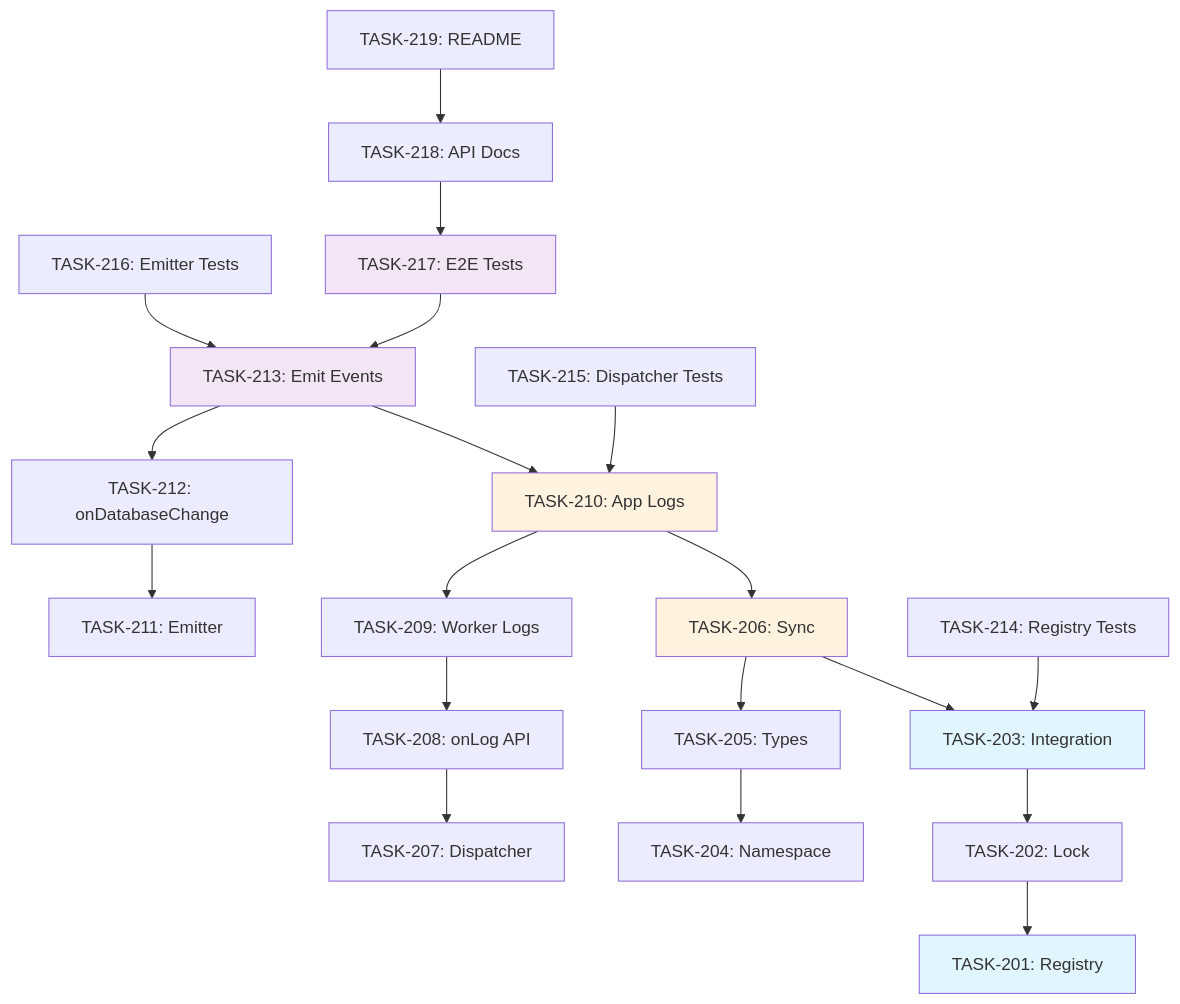
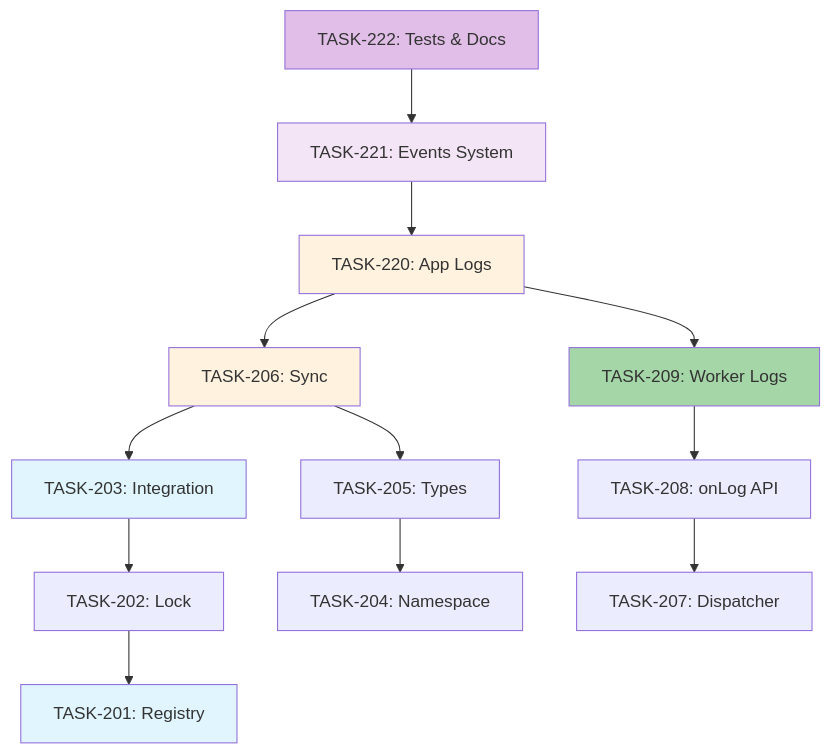
Before and after one commit to wuchuheng/web-sqlite-js: the diagram in agent-docs/07-taskManager/02-task-catalog.md, drawn with Mermaid. The commit also changed other lines of this file and 1 other file, not shown here.

First line of the commit message:
chore(task-catalog): consolidate v2.0.0 tasks from 19 to 12

````diff
--- a/agent-docs/07-taskManager/02-task-catalog.md
+++ b/agent-docs/07-taskManager/02-task-catalog.md
@@ -597,37 +445,31 @@
 ```mermaid
 graph TD
     %% Phase 1
     TASK202[TASK-202: Lock] --> TASK201[TASK-201: Registry]
     TASK203[TASK-203: Integration] --> TASK202
 
     %% Phase 2
     TASK205[TASK-205: Types] --> TASK204[TASK-204: Namespace]
     TASK206[TASK-206: Sync] --> TASK205
     TASK206 --> TASK203
 
     %% Phase 3
     TASK208[TASK-208: onLog API] --> TASK207[TASK-207: Dispatcher]
     TASK209[TASK-209: Worker Logs] --> TASK208
-    TASK210[TASK-210: App Logs] --> TASK209
-    TASK210 --> TASK206
+    TASK220[TASK-220: App Logs] --> TASK209
+    TASK220 --> TASK206
 
     %% Phase 4
-    TASK212[TASK-212: onDatabaseChange] --> TASK211[TASK-211: Emitter]
-    TASK213[TASK-213: Emit Events] --> TASK212
-    TASK213 --> TASK210
+    TASK221[TASK-221: Events System] --> TASK220
 
     %% Phase 5
-    TASK214[TASK-214: Registry Tests] --> TASK203
-    TASK215[TASK-215: Dispatcher Tests] --> TASK210
-    TASK216[TASK-216: Emitter Tests] --> TASK213
-    TASK217[TASK-217: E2E Tests] --> TASK213
-    TASK218[TASK-218: API Docs] --> TASK217
-    TASK219[TASK-219: README] --> TASK218
+    TASK222[TASK-222: Tests & Docs] --> TASK221
 
     style TASK201 fill:#e1f5fe
     style TASK203 fill:#e1f5fe
     style TASK206 fill:#fff3e0
-    style TASK210 fill:#fff3e0
-    style TASK213 fill:#f3e5f5
-    style TASK217 fill:#f3e5f5
+    style TASK209 fill:#a5d6a7
+    style TASK220 fill:#fff3e0
+    style TASK221 fill:#f3e5f5
+    style TASK222 fill:#e1bee7
 ```
````
